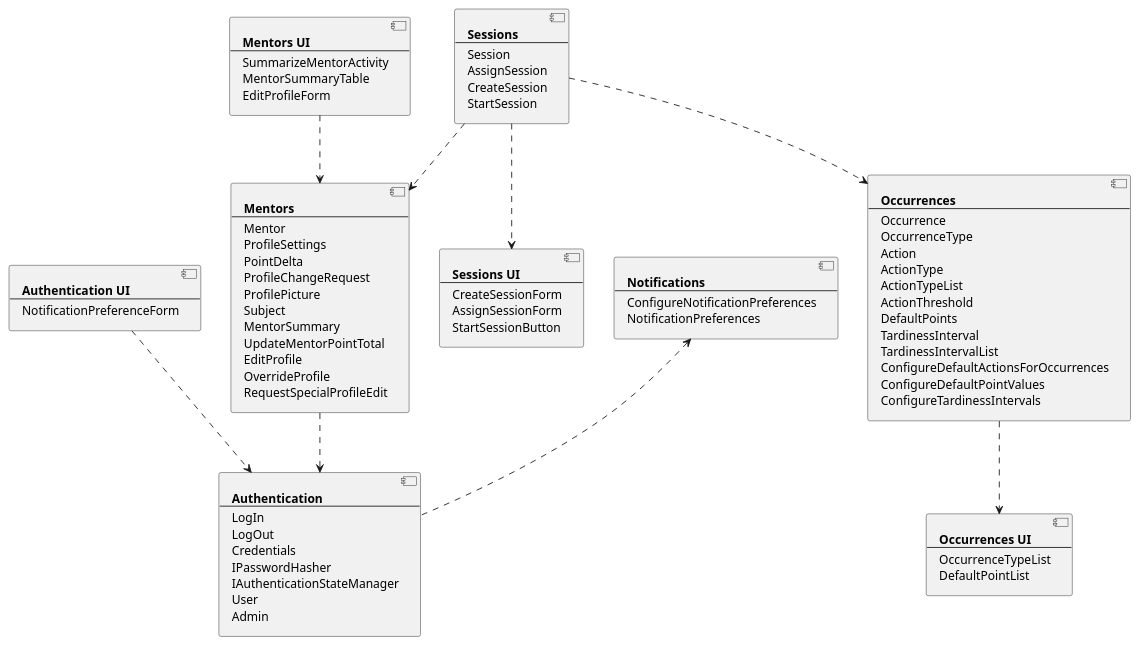
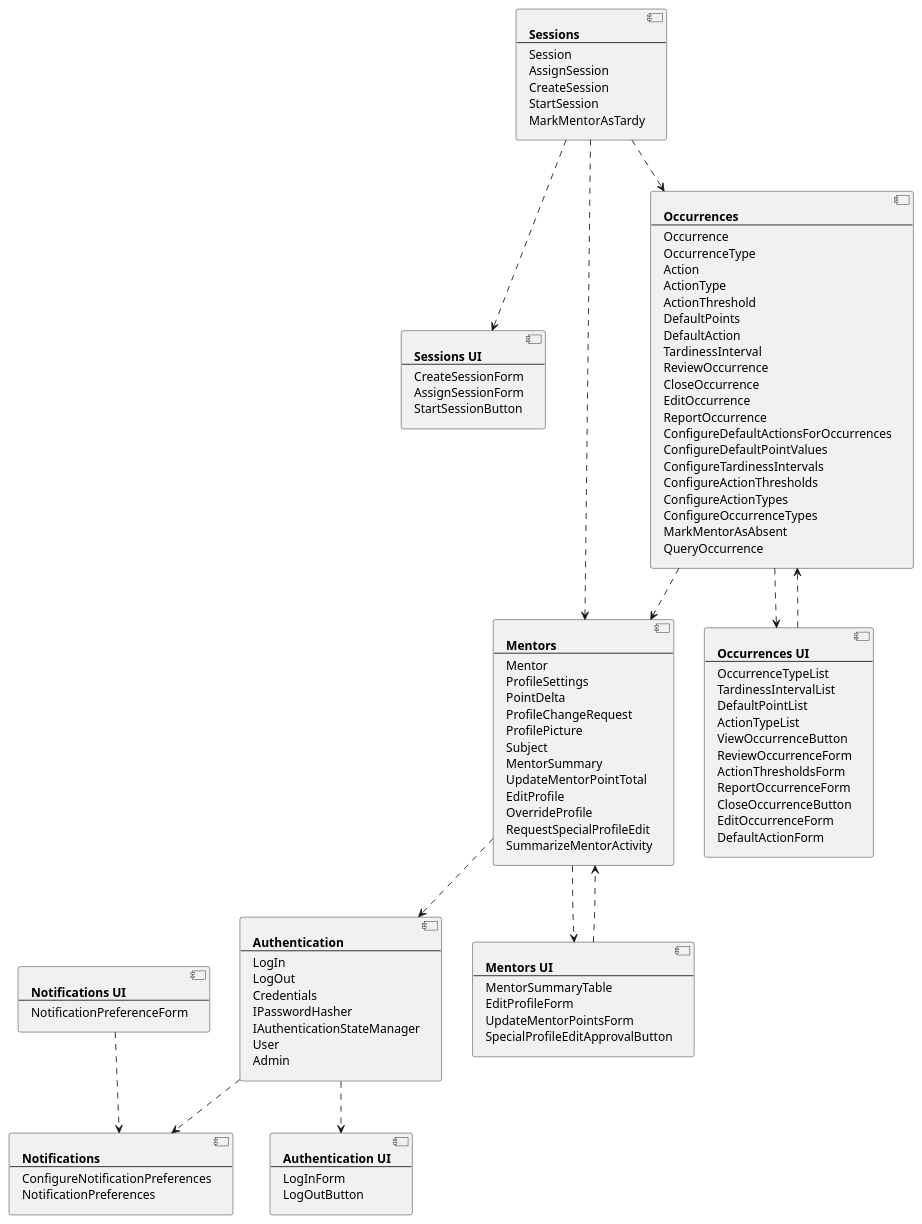
The diagram in Analysis/Components.iuml (bmb0136/COMP-3700-Project), drawn with PlantUML before and after one commit. The commit also changed 2 other files, not shown here.

```diff
--- a/Analysis/Components.iuml
+++ b/Analysis/Components.iuml
@@ -1,96 +1,126 @@
 @startuml Component Diagram
 component auth [
   **Authentication**
   --
   LogIn
   LogOut
   Credentials
   IPasswordHasher
   IAuthenticationStateManager
   User
   Admin
 ]
 component authUI [
   **Authentication UI**
   --
-  NotificationPreferenceForm
+  LogInForm
+  LogOutButton
 ]
-authUI ..> auth
 
 component notifications [
   **Notifications**
   --
   ConfigureNotificationPreferences
   NotificationPreferences
 ]
-notifications <.. auth
+component notificationsUI [
+  **Notifications UI**
+  --
+  NotificationPreferenceForm
+]
 
 component session [
   **Sessions**
   --
   Session
   AssignSession
   CreateSession
   StartSession
+  MarkMentorAsTardy
 ]
 component sessionUI [
   **Sessions UI**
   --
   CreateSessionForm
   AssignSessionForm
   StartSessionButton
 ]
-session ..> sessionUI
 
 component mentors [
   **Mentors**
   --
   Mentor
   ProfileSettings
   PointDelta
   ProfileChangeRequest
   ProfilePicture
   Subject
   MentorSummary
   UpdateMentorPointTotal
   EditProfile
   OverrideProfile
   RequestSpecialProfileEdit
+  SummarizeMentorActivity
 ]
 component mentorsUI [
   **Mentors UI**
   --
-  SummarizeMentorActivity
   MentorSummaryTable
   EditProfileForm
+  UpdateMentorPointsForm
+  SpecialProfileEditApprovalButton
 ]
-mentors ..> auth
-mentorsUI ..> mentors
-session ..> mentors
 
 component occurrences [
   **Occurrences**
   --
   Occurrence
   OccurrenceType
   Action
   ActionType
-  ActionTypeList
   ActionThreshold
   DefaultPoints
+  DefaultAction
   TardinessInterval
-  TardinessIntervalList
+  ReviewOccurrence
+  CloseOccurrence
+  EditOccurrence
+  ReportOccurrence
   ConfigureDefaultActionsForOccurrences
   ConfigureDefaultPointValues
   ConfigureTardinessIntervals
+  ConfigureActionThresholds
+  ConfigureActionTypes
+  ConfigureOccurrenceTypes
+  MarkMentorAsAbsent
+  QueryOccurrence
 ]
 component occurrencesUI [
   **Occurrences UI**
   --
   OccurrenceTypeList
+  TardinessIntervalList
   DefaultPointList
+  ActionTypeList
+  ViewOccurrenceButton
+  ReviewOccurrenceForm
+  ActionThresholdsForm
+  ReportOccurrenceForm
+  CloseOccurrenceButton
+  EditOccurrenceForm
+  DefaultActionForm
 ]
+
 occurrences ..> occurrencesUI
+occurrencesUI ..> occurrences
+session ..> sessionUI
 session ..> occurrences
-
+session ..> mentors
+occurrences ..> mentors
+mentors ..> mentorsUI
+mentorsUI ..> mentors
+auth ..> authUI
+mentors ..> auth
+auth ..> notifications
+notificationsUI ..> notifications
 @enduml
```
